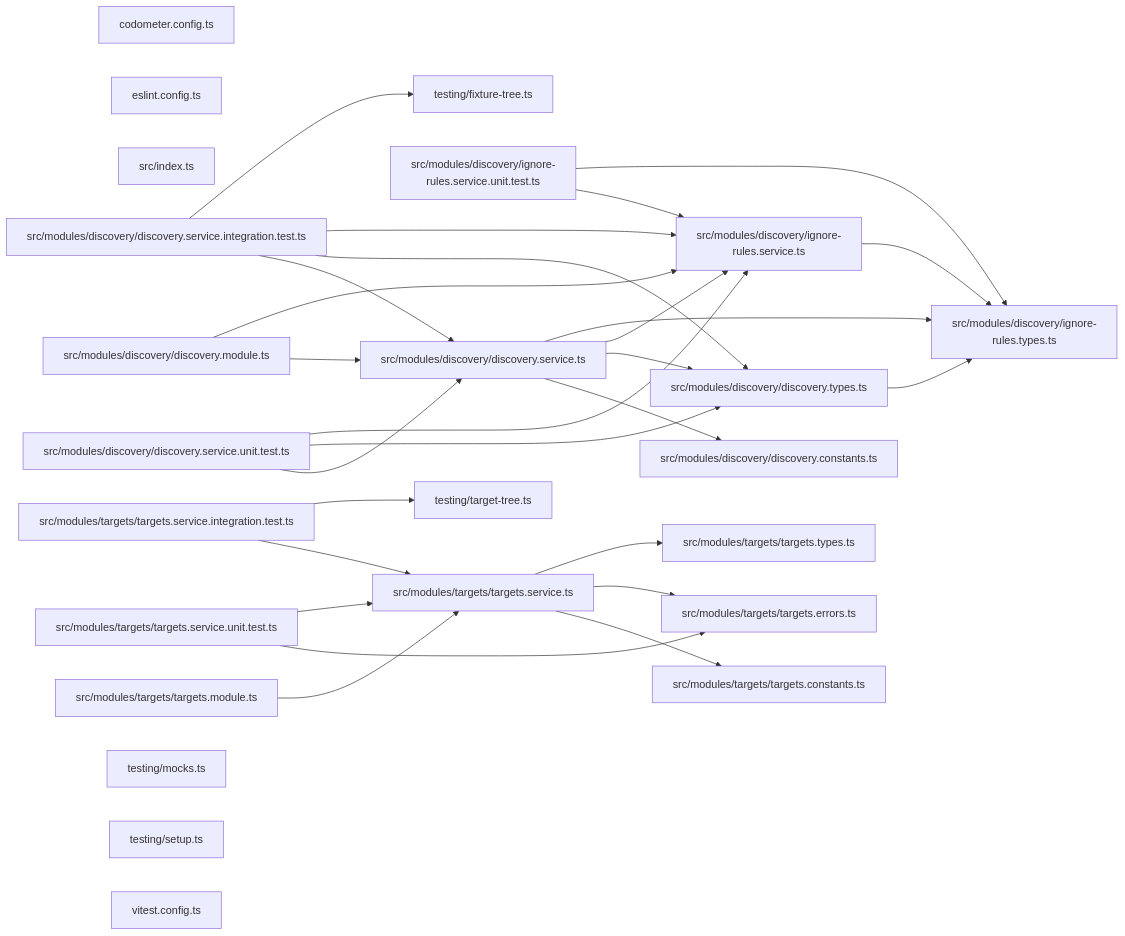
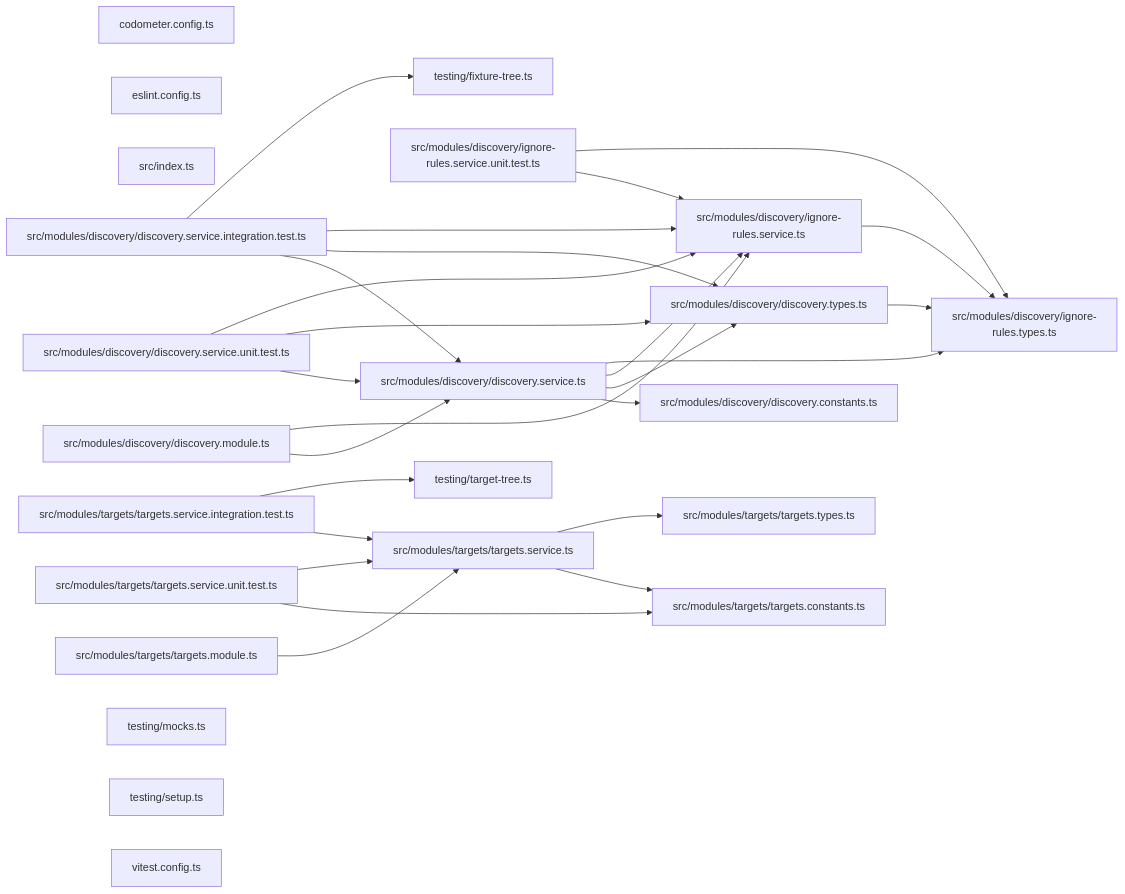
Before and after one commit to JimmyPaolini/codebase: the third of 3 diagrams in packages/codometer-discovery/README.md, drawn with Mermaid. The commit also changed other lines of this file and 49 other files, not shown here.

````diff
--- a/packages/codometer-discovery/README.md
+++ b/packages/codometer-discovery/README.md
@@ -107,52 +107,50 @@
 ```mermaid
 graph LR
   file_codometer_config_ts["codometer.config.ts"]
   file_eslint_config_ts["eslint.config.ts"]
   file_src_index_ts["src/index.ts"]
   file_src_modules_discovery_discovery_constants_ts["src/modules/discovery/discovery.constants.ts"]
   file_src_modules_discovery_discovery_module_ts["src/modules/discovery/discovery.module.ts"]
   file_src_modules_discovery_discovery_service_integration_test_ts["src/modules/discovery/discovery.service.integration.test.ts"]
   file_src_modules_discovery_discovery_service_ts["src/modules/discovery/discovery.service.ts"]
   file_src_modules_discovery_discovery_service_unit_test_ts["src/modules/discovery/discovery.service.unit.test.ts"]
   file_src_modules_discovery_discovery_types_ts["src/modules/discovery/discovery.types.ts"]
   file_src_modules_discovery_ignore_rules_service_ts["src/modules/discovery/ignore-rules.service.ts"]
   file_src_modules_discovery_ignore_rules_service_unit_test_ts["src/modules/discovery/ignore-rules.service.unit.test.ts"]
   file_src_modules_discovery_ignore_rules_types_ts["src/modules/discovery/ignore-rules.types.ts"]
   file_src_modules_targets_targets_constants_ts["src/modules/targets/targets.constants.ts"]
-  file_src_modules_targets_targets_errors_ts["src/modules/targets/targets.errors.ts"]
   file_src_modules_targets_targets_module_ts["src/modules/targets/targets.module.ts"]
   file_src_modules_targets_targets_service_integration_test_ts["src/modules/targets/targets.service.integration.test.ts"]
   file_src_modules_targets_targets_service_ts["src/modules/targets/targets.service.ts"]
   file_src_modules_targets_targets_service_unit_test_ts["src/modules/targets/targets.service.unit.test.ts"]
   file_src_modules_targets_targets_types_ts["src/modules/targets/targets.types.ts"]
   file_testing_fixture_tree_ts["testing/fixture-tree.ts"]
   file_testing_mocks_ts["testing/mocks.ts"]
   file_testing_setup_ts["testing/setup.ts"]
   file_testing_target_tree_ts["testing/target-tree.ts"]
   file_vitest_config_ts["vitest.config.ts"]
   file_src_modules_discovery_discovery_module_ts --> file_src_modules_discovery_discovery_service_ts
   file_src_modules_discovery_discovery_module_ts --> file_src_modules_discovery_ignore_rules_service_ts
   file_src_modules_discovery_discovery_service_integration_test_ts --> file_src_modules_discovery_discovery_service_ts
   file_src_modules_discovery_discovery_service_integration_test_ts --> file_src_modules_discovery_discovery_types_ts
   file_src_modules_discovery_discovery_service_integration_test_ts --> file_src_modules_discovery_ignore_rules_service_ts
   file_src_modules_discovery_discovery_service_integration_test_ts --> file_testing_fixture_tree_ts
   file_src_modules_discovery_discovery_service_ts --> file_src_modules_discovery_discovery_constants_ts
   file_src_modules_discovery_discovery_service_ts --> file_src_modules_discovery_discovery_types_ts
   file_src_modules_discovery_discovery_service_ts --> file_src_modules_discovery_ignore_rules_service_ts
   file_src_modules_discovery_discovery_service_ts --> file_src_modules_discovery_ignore_rules_types_ts
   file_src_modules_discovery_discovery_service_unit_test_ts --> file_src_modules_discovery_discovery_service_ts
   file_src_modules_discovery_discovery_service_unit_test_ts --> file_src_modules_discovery_discovery_types_ts
   file_src_modules_discovery_discovery_service_unit_test_ts --> file_src_modules_discovery_ignore_rules_service_ts
   file_src_modules_discovery_discovery_types_ts --> file_src_modules_discovery_ignore_rules_types_ts
   file_src_modules_discovery_ignore_rules_service_ts --> file_src_modules_discovery_ignore_rules_types_ts
   file_src_modules_discovery_ignore_rules_service_unit_test_ts --> file_src_modules_discovery_ignore_rules_service_ts
   file_src_modules_discovery_ignore_rules_service_unit_test_ts --> file_src_modules_discovery_ignore_rules_types_ts
   file_src_modules_targets_targets_module_ts --> file_src_modules_targets_targets_service_ts
   file_src_modules_targets_targets_service_integration_test_ts --> file_src_modules_targets_targets_service_ts
   file_src_modules_targets_targets_service_integration_test_ts --> file_testing_target_tree_ts
   file_src_modules_targets_targets_service_ts --> file_src_modules_targets_targets_constants_ts
-  file_src_modules_targets_targets_service_ts --> file_src_modules_targets_targets_errors_ts
   file_src_modules_targets_targets_service_ts --> file_src_modules_targets_targets_types_ts
-  file_src_modules_targets_targets_service_unit_test_ts --> file_src_modules_targets_targets_errors_ts
+  file_src_modules_targets_targets_service_unit_test_ts --> file_src_modules_targets_targets_constants_ts
   file_src_modules_targets_targets_service_unit_test_ts --> file_src_modules_targets_targets_service_ts
 ```
````
